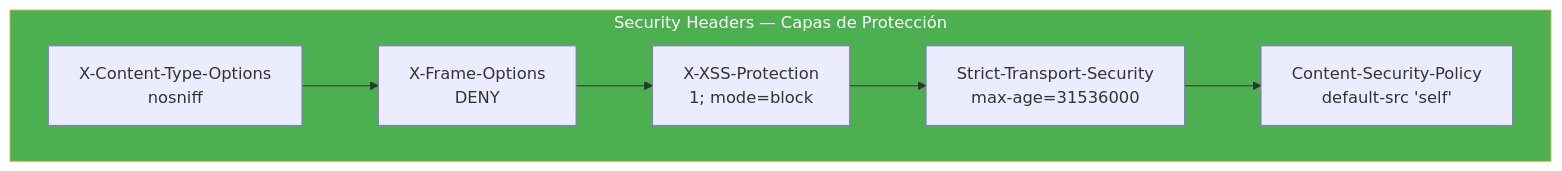
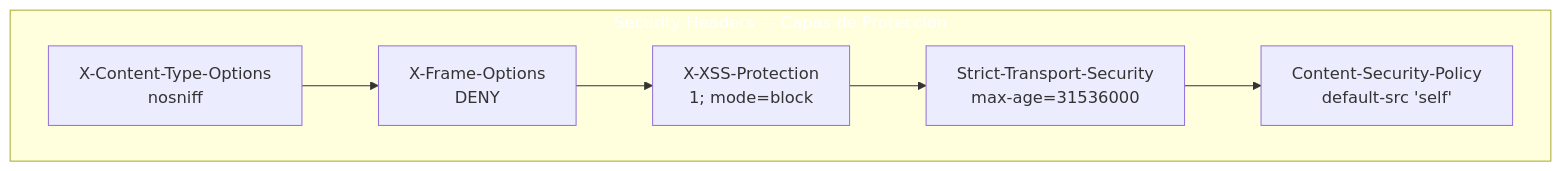
One commit to joseluisgs/DesarrolloWebEntornosServidor-01-2026-2027 changed the sixth of 7 diagrams in 24-seguridad.md. Above: the diagram before and after it, drawn with Mermaid. The commit also changed other lines of this file and 66 other files, not shown here.

First line of the commit message:
fix: normalizar titulos al castellano de frase y corregir la paleta de mermaid

````diff
--- a/24-seguridad.md
+++ b/24-seguridad.md
@@ -501,11 +501,11 @@
 ```mermaid
 graph TB
     subgraph HEADERS["Security Headers — Capas de Protección"]
         H1["X-Content-Type-Options<br/>nosniff"] --> H2["X-Frame-Options<br/>DENY"]
         H2 --> H3["X-XSS-Protection<br/>1; mode=block"]
         H3 --> H4["Strict-Transport-Security<br/>max-age=31536000"]
         H4 --> H5["Content-Security-Policy<br/>default-src 'self'"]
     end
 
-    style HEADERS fill:#4CAF50,color:#fff
+    style HEADERS fill:#4CAF5,color:#fff0,color:#fff
 ```
````
